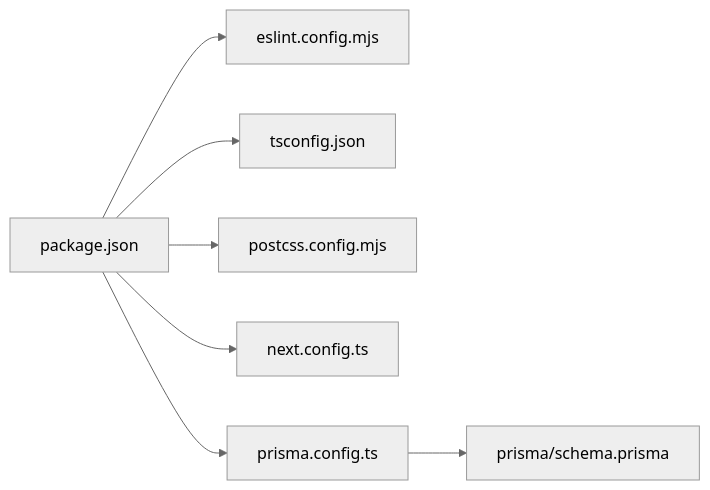
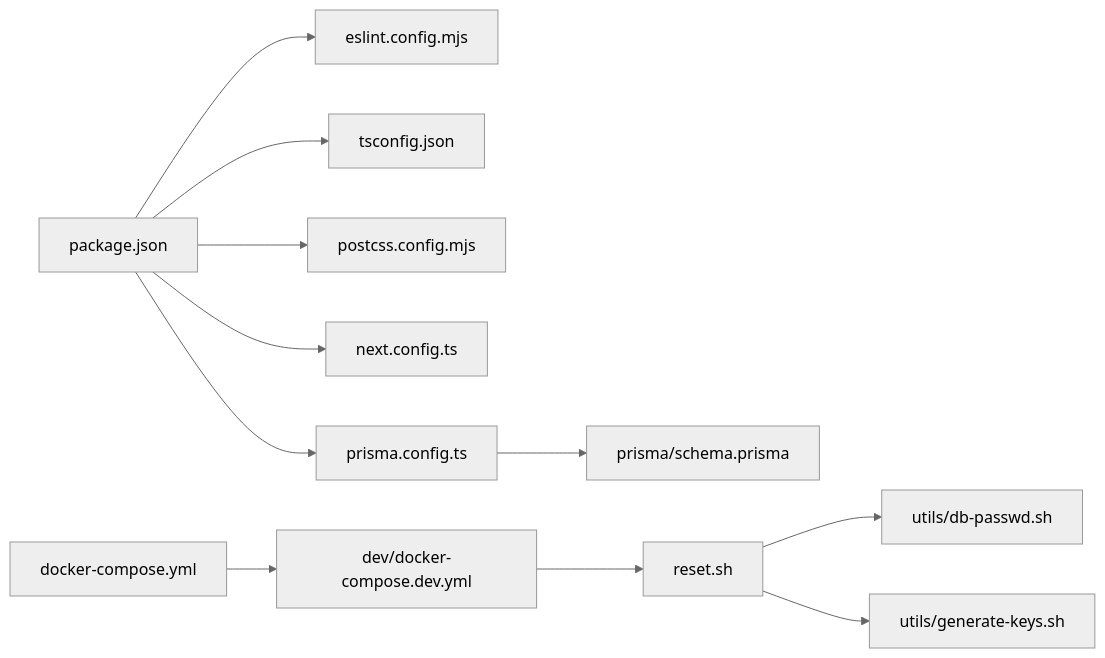
Before and after one commit to AlexKutz/math-app-next-js: the sixth of 6 diagrams in .qoder/repowiki/en/content/Development Guide.md, drawn with Mermaid (neutral theme). The commit also changed other lines of this file and 9 other files, not shown here.

````diff
--- a/.qoder/repowiki/en/content/Development Guide.md
+++ b/.qoder/repowiki/en/content/Development Guide.md
@@ -268,16 +445,25 @@
 ```mermaid
 graph LR
 PKG["package.json"]
 ESLINT["eslint.config.mjs"]
 TSCONFIG["tsconfig.json"]
 POSTCSS["postcss.config.mjs"]
 NEXTCONF["next.config.ts"]
 PRISMA_CFG["prisma.config.ts"]
 SCHEMA["prisma/schema.prisma"]
+DOCKER["docker-compose.yml"]
+DEV_COMPOSE["dev/docker-compose.dev.yml"]
+RESET["reset.sh"]
+DB_PASSWD["utils/db-passwd.sh"]
+GEN_KEYS["utils/generate-keys.sh"]
 PKG --> ESLINT
 PKG --> TSCONFIG
 PKG --> POSTCSS
 PKG --> NEXTCONF
 PKG --> PRISMA_CFG
 PRISMA_CFG --> SCHEMA
+DOCKER --> DEV_COMPOSE
+DEV_COMPOSE --> RESET
+RESET --> DB_PASSWD
+RESET --> GEN_KEYS
 ```
````
